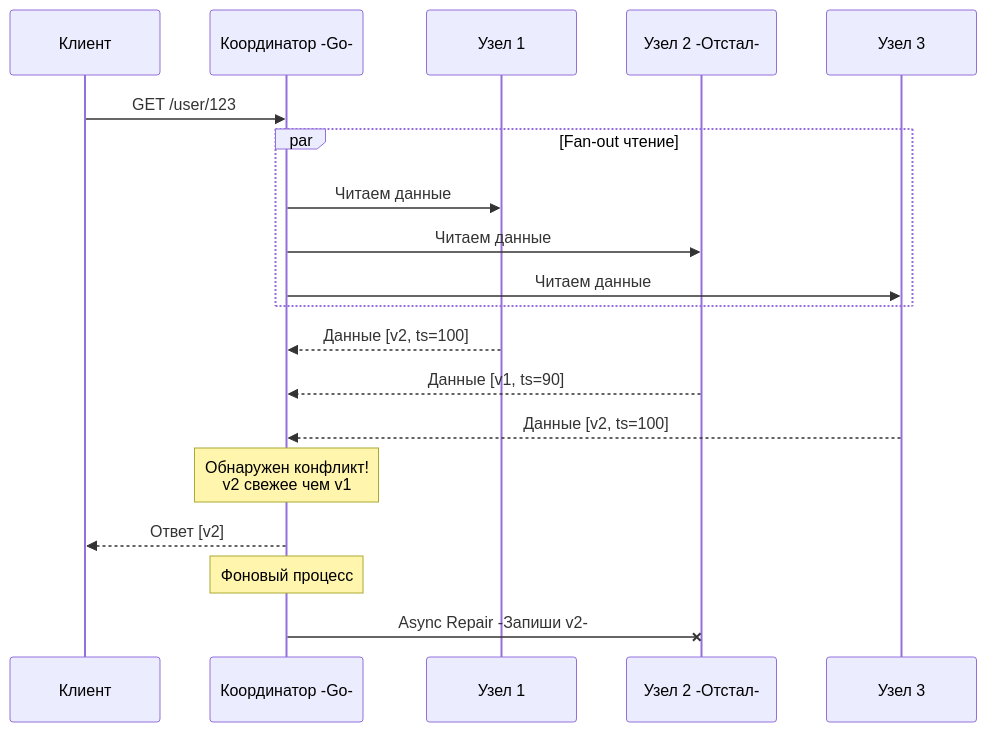
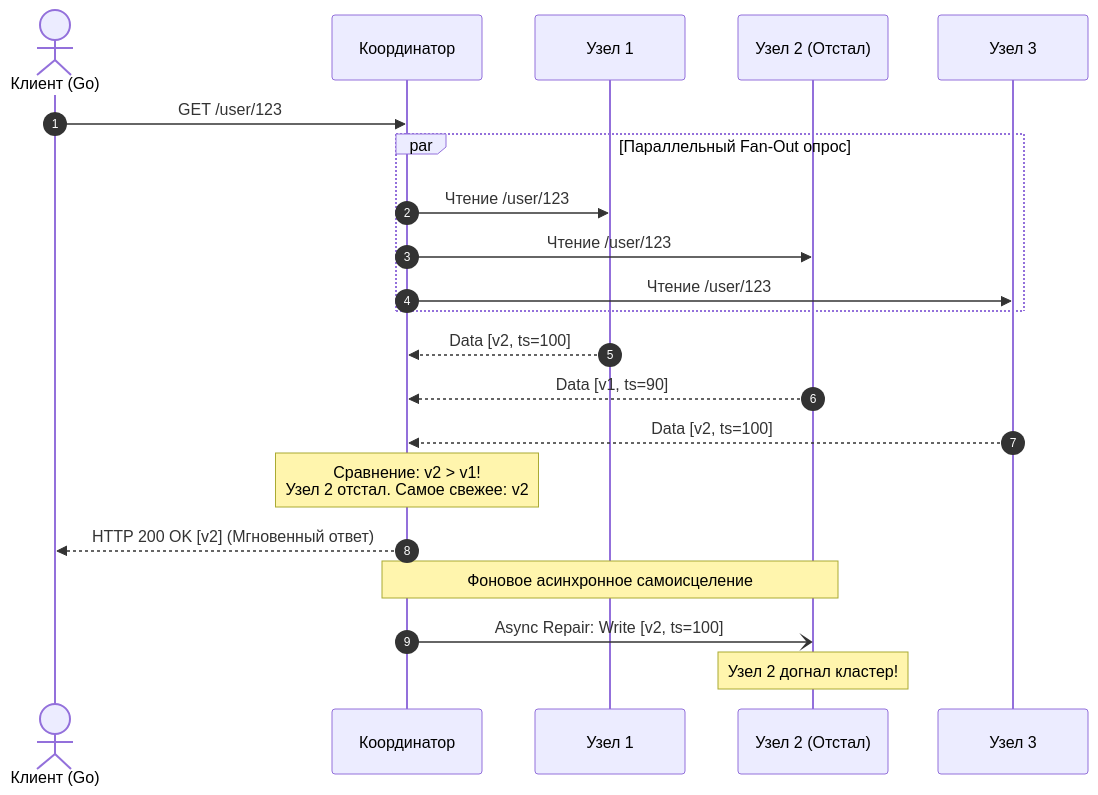
One commit to UnrealTemplier/go-textbook changed the diagram in sources/14. Распределенные системы на Go/03. Данные и согласованность/3. Read repair.md. Above: the diagram before and after it, drawn with Mermaid. The commit also changed other lines of this file, not shown here.

Commit message:
feat(module-14): editorial rewrite of lecture 3 (Read repair) in Subsection 3 in Kernighan style

````diff
--- a/sources/14. Распределенные системы на Go/03. Данные и согласованность/3. Read repair.md
+++ b/sources/14. Распределенные системы на Go/03. Данные и согласованность/3. Read repair.md
@@ -23,27 +32,29 @@
 ```mermaid
 sequenceDiagram
-    participant C as Клиент
-    participant Coord as Координатор -Go-
+    autonumber
+    actor Client as Клиент (Go)
+    participant Coord as Координатор
     participant N1 as Узел 1
-    participant N2 as Узел 2 -Отстал-
+    participant N2 as Узел 2 (Отстал)
     participant N3 as Узел 3
 
-    C->>Coord: GET /user/123
+    Client->>Coord: GET /user/123
     
-    par Fan-out чтение
-        Coord->>N1: Читаем данные
-        Coord->>N2: Читаем данные
-        Coord->>N3: Читаем данные
+    par Параллельный Fan-Out опрос
+        Coord->>N1: Чтение /user/123
+        Coord->>N2: Чтение /user/123
+        Coord->>N3: Чтение /user/123
     end
     
-    N1-->>Coord: Данные [v2, ts=100]
-    N2-->>Coord: Данные [v1, ts=90]
-    N3-->>Coord: Данные [v2, ts=100]
+    N1-->>Coord: Data [v2, ts=100]
+    N2-->>Coord: Data [v1, ts=90]
+    N3-->>Coord: Data [v2, ts=100]
     
-    Note over Coord: Обнаружен конфликт!<br>v2 свежее чем v1
+    Note over Coord: Сравнение: v2 > v1!<br/>Узел 2 отстал. Самое свежее: v2
     
-    Coord-->>C: Ответ [v2]
+    Coord-->>Client: HTTP 200 OK [v2] (Мгновенный ответ)
     
-    Note over Coord: Фоновый процесс
-    Coord-xN2: Async Repair -Запиши v2-
+    Note over Coord,N2: Фоновое асинхронное самоисцеление
+    Coord-)N2: Async Repair: Write [v2, ts=100]
+    Note over N2: Узел 2 догнал кластер!
 ```
````
